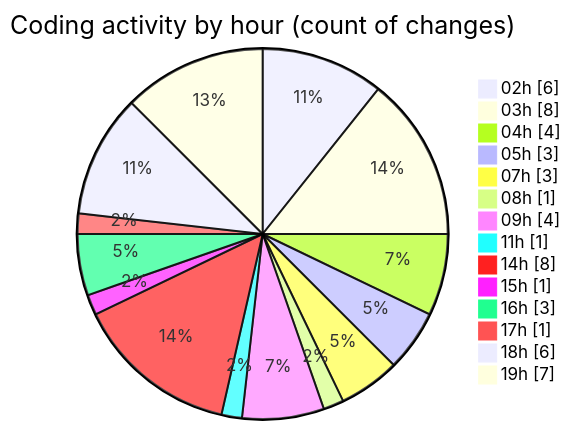
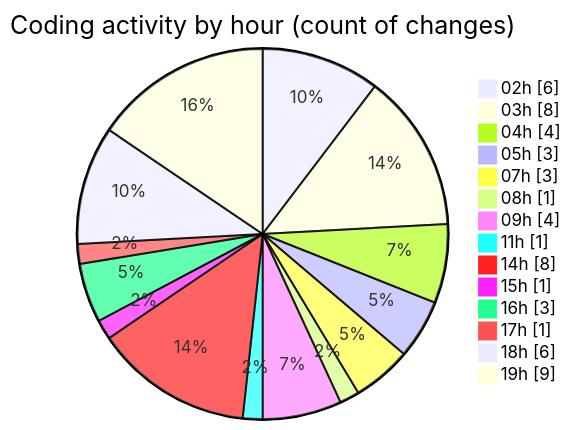
Before and after one commit to FelipKnott/code-tracking: the second of 2 diagrams in 2025-07-03/cursor/README.md, drawn with Mermaid. The commit also changed other lines of this file and 1 other file, not shown here.

````diff
--- a/2025-07-03/cursor/README.md
+++ b/2025-07-03/cursor/README.md
@@ -43,18 +44,18 @@
 ```mermaid
 pie showData
 title Coding activity by hour (count of changes)
 "02h" : 6
 "03h" : 8
 "04h" : 4
 "05h" : 3
 "07h" : 3
 "08h" : 1
 "09h" : 4
 "11h" : 1
 "14h" : 8
 "15h" : 1
 "16h" : 3
 "17h" : 1
 "18h" : 6
-"19h" : 7
+"19h" : 9
 ```
````
